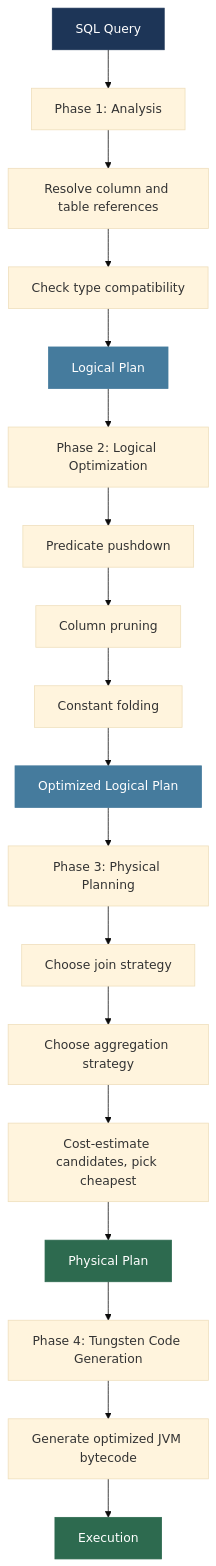
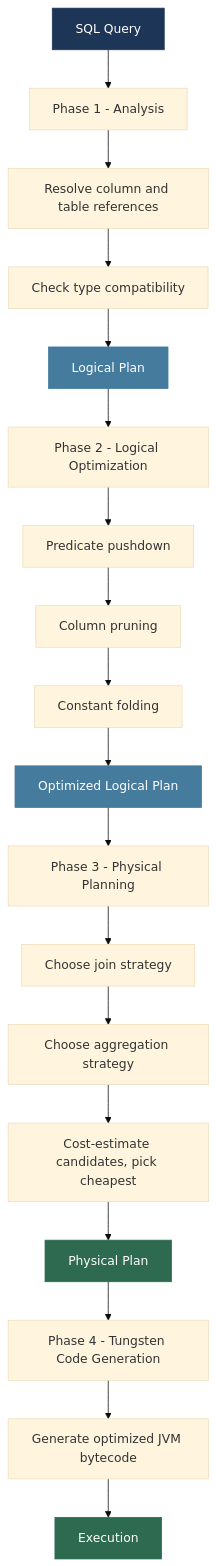
Diagram 13 of 16 in Week3/Lecture3_Partitioning_Sharding_Caching_QueryOpt.md (MuhammadTahaNasir/Big-Data-Analytics-Notes), drawn with Mermaid (base theme) before and after one commit. The commit also changed other lines of this file, not shown here.

````diff
--- a/Week3/Lecture3_Partitioning_Sharding_Caching_QueryOpt.md
+++ b/Week3/Lecture3_Partitioning_Sharding_Caching_QueryOpt.md
@@ -475,29 +475,29 @@
 ```mermaid
 flowchart TD
-    SQL2[SQL Query] --> ANA[Phase 1: Analysis]
+    SQL2[SQL Query] --> ANA[Phase 1 - Analysis]
     ANA --> ANA1[Resolve column and table references]
     ANA1 --> ANA2[Check type compatibility]
     ANA2 --> LP[Logical Plan]
 
-    LP --> LO[Phase 2: Logical Optimization]
+    LP --> LO[Phase 2 - Logical Optimization]
     LO --> LO1[Predicate pushdown]
     LO1 --> LO2[Column pruning]
     LO2 --> LO3[Constant folding]
     LO3 --> OLP[Optimized Logical Plan]
 
-    OLP --> PP[Phase 3: Physical Planning]
+    OLP --> PP[Phase 3 - Physical Planning]
     PP --> PP1[Choose join strategy]
     PP1 --> PP2[Choose aggregation strategy]
     PP2 --> PP3[Cost-estimate candidates, pick cheapest]
     PP3 --> PHYS[Physical Plan]
 
-    PHYS --> TUN[Phase 4: Tungsten Code Generation]
+    PHYS --> TUN[Phase 4 - Tungsten Code Generation]
     TUN --> TUN1[Generate optimized JVM bytecode]
     TUN1 --> EXEC2[Execution]
 
     style SQL2 fill:#1d3557,color:#fff,stroke:#1d3557
     style LP fill:#457b9d,color:#fff,stroke:#457b9d
     style OLP fill:#457b9d,color:#fff,stroke:#457b9d
     style PHYS fill:#2d6a4f,color:#fff,stroke:#2d6a4f
     style EXEC2 fill:#2d6a4f,color:#fff,stroke:#2d6a4f
 ```
````
